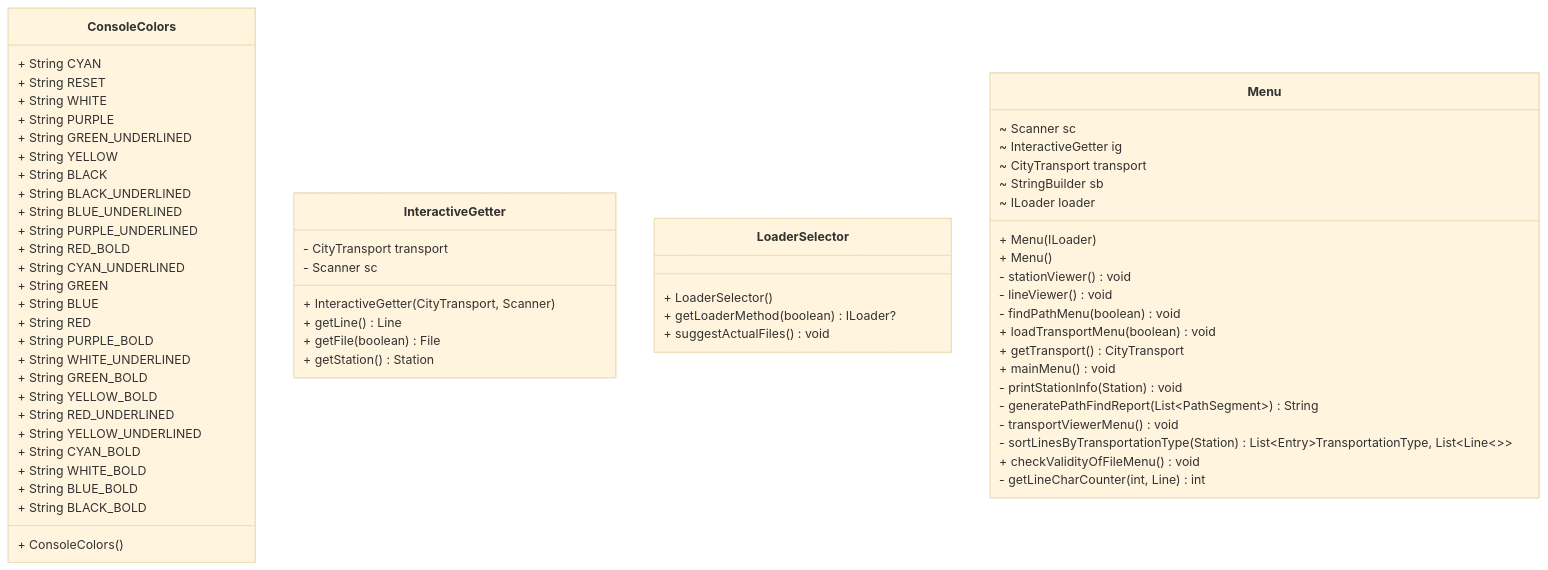
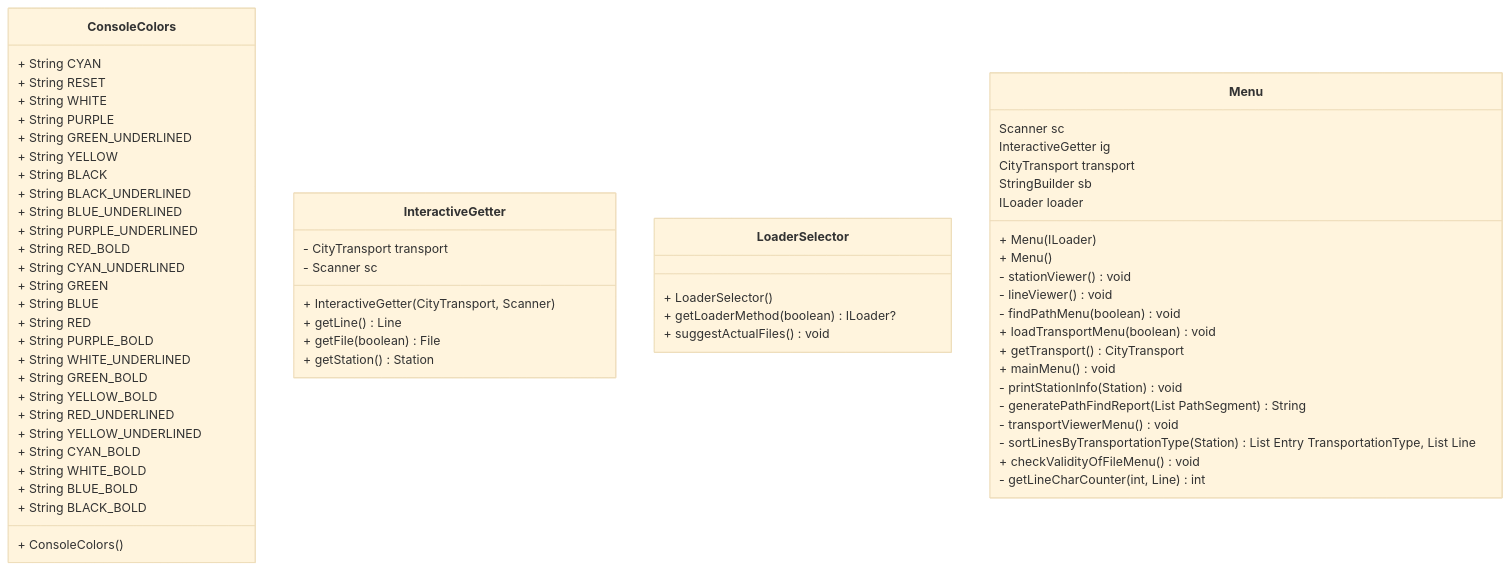
The sixth of 7 diagrams in README.md (TUL2223ALG/2223alg2-semestralproject-daniel.adamek), drawn with Mermaid (base theme) before and after one commit. The commit also changed other lines of this file, not shown here.

````diff
--- a/README.md
+++ b/README.md
@@ -220,66 +220,66 @@
 ```mermaid
 classDiagram
 direction BT
 class ConsoleColors {
   + ConsoleColors() 
   + String CYAN
   + String RESET
   + String WHITE
   + String PURPLE
   + String GREEN_UNDERLINED
   + String YELLOW
   + String BLACK
   + String BLACK_UNDERLINED
   + String BLUE_UNDERLINED
   + String PURPLE_UNDERLINED
   + String RED_BOLD
   + String CYAN_UNDERLINED
   + String GREEN
   + String BLUE
   + String RED
   + String PURPLE_BOLD
   + String WHITE_UNDERLINED
   + String GREEN_BOLD
   + String YELLOW_BOLD
   + String RED_UNDERLINED
   + String YELLOW_UNDERLINED
   + String CYAN_BOLD
   + String WHITE_BOLD
   + String BLUE_BOLD
   + String BLACK_BOLD
 }
 class InteractiveGetter {
   + InteractiveGetter(CityTransport, Scanner) 
   - CityTransport transport
   - Scanner sc
   + getLine() Line
   + getFile(boolean) File
   + getStation() Station
 }
 class LoaderSelector {
   + LoaderSelector() 
   + getLoaderMethod(boolean) ILoader?
   + suggestActualFiles() void
 }
 class Menu {
   + Menu(ILoader) 
   + Menu() 
-  ~ Scanner sc
-  ~ InteractiveGetter ig
-  ~ CityTransport transport
-  ~ StringBuilder sb
-  ~ ILoader loader
+    Scanner sc
+    InteractiveGetter ig
+    CityTransport transport
+    StringBuilder sb
+    ILoader loader
   - stationViewer() void
   - lineViewer() void
   - findPathMenu(boolean) void
   + loadTransportMenu(boolean) void
   + getTransport() CityTransport
   + mainMenu() void
   - printStationInfo(Station) void
-  - generatePathFindReport(List~PathSegment~) String
+  - generatePathFindReport(List PathSegment ) String
   - transportViewerMenu() void
-  - sortLinesByTransportationType(Station) List~Entry~TransportationType, List~Line~~~
+  - sortLinesByTransportationType(Station) List Entry TransportationType, List Line   
   + checkValidityOfFileMenu() void
   - getLineCharCounter(int, Line) int
 }
 ```
````
